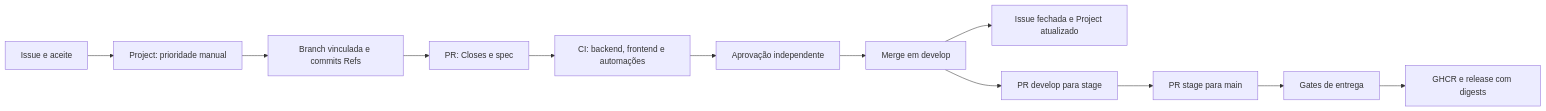
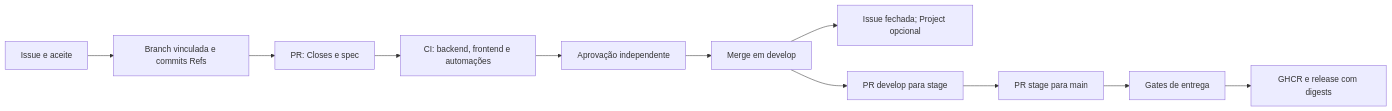
The diagram in docs/github-workflow.md (SamiaLuvanice/bestprice), drawn with Mermaid before and after one commit. The commit also changed other lines of this file and 113 other files, not shown here.

````diff
--- a/docs/github-workflow.md
+++ b/docs/github-workflow.md
@@ -5,14 +5,13 @@
 ```mermaid
 flowchart LR
-  I[Issue e aceite] --> P[Project: prioridade manual]
-  P --> B[Branch vinculada e commits Refs]
+  I[Issue e aceite] --> B[Branch vinculada e commits Refs]
   B --> R[PR: Closes e spec]
   R --> C[CI: backend, frontend e automações]
   C --> A[Aprovação independente]
   A --> D[Merge em develop]
-  D --> F[Issue fechada e Project atualizado]
+  D --> F[Issue fechada; Project opcional]
   D --> S[PR develop para stage]
   S --> M[PR stage para main]
   M --> Q[Gates de entrega]
   Q --> G[GHCR e release com digests]
 ```
````
